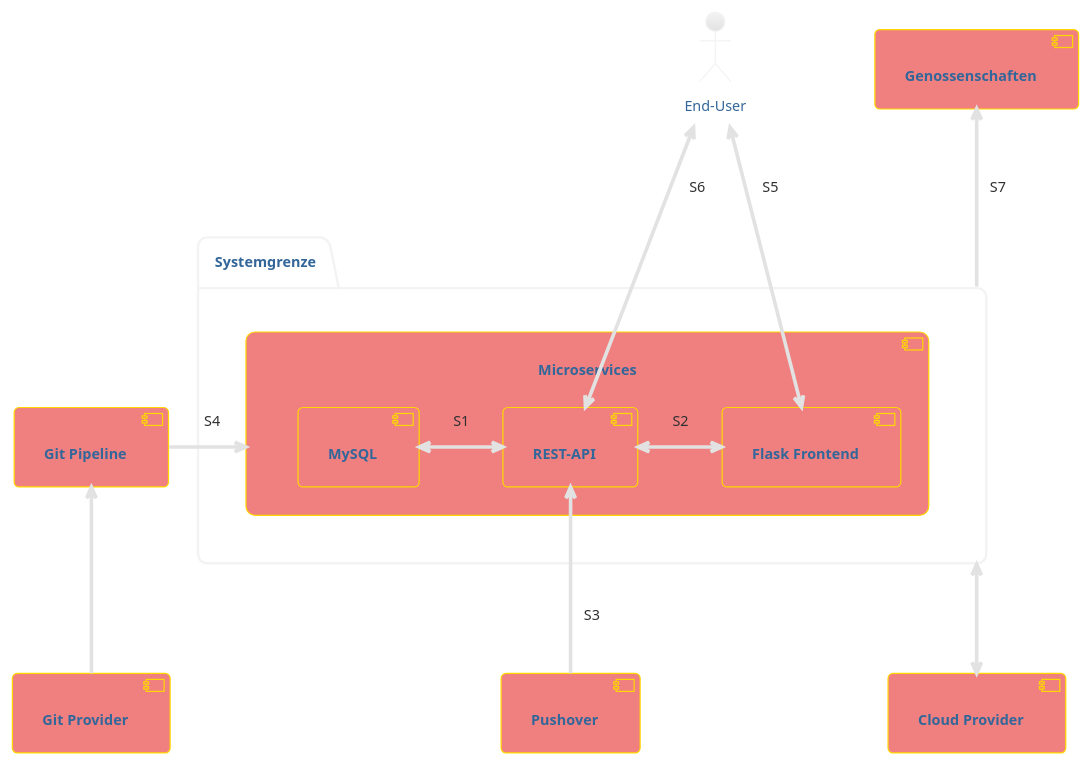
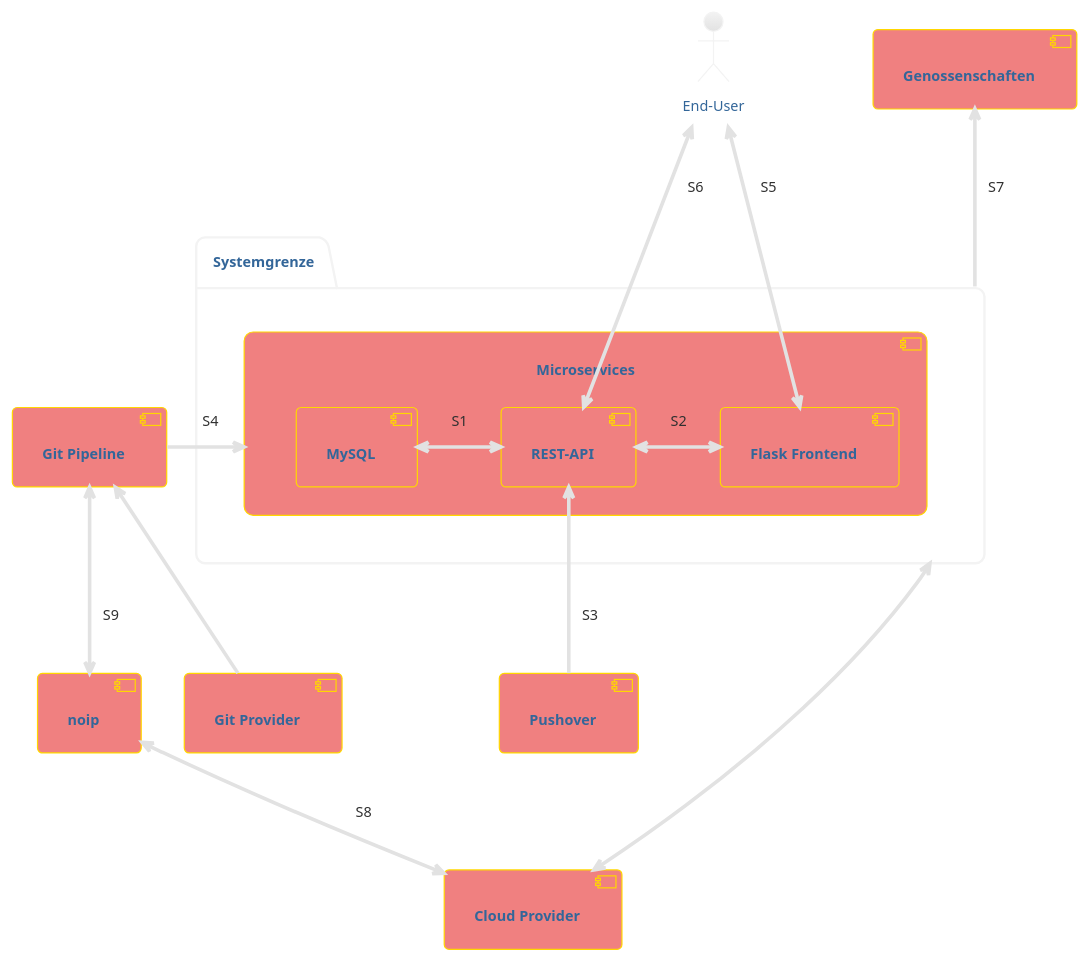
The diagram in docs/02_Plannung/systemgrenze.iuml (danyambuehl/ITCNE23-SEM-Ill), drawn with PlantUML before and after one commit. The commit also changed 5 other files, not shown here.

```diff
--- a/docs/02_Plannung/systemgrenze.iuml
+++ b/docs/02_Plannung/systemgrenze.iuml
@@ -1,35 +1,38 @@
 @startuml
 !theme lightgray
 
 skinparam component {
   BorderColor gold
   BackgroundColor lightcoral
   FontStyle bold
 }
 
 package "Systemgrenze" {
   component "Microservices" {
     component "Flask Frontend"
     component "REST-API"
     component "MySQL"
   }
   
 }
 
 actor "End-User"
 component "Git Pipeline"
+component "noip"
 component "Cloud Provider"
 component "Pushover"
 component "Genossenschaften"
 
 [MySQL] <-right-> [REST-API] : S1
 [Flask Frontend] <-left-> [REST-API] : S2
 [Git Pipeline] -left-> [Microservices] : S4
 [Pushover] -up-> [REST-API] : S3
 [Git Provider] -up-> [Git Pipeline]
 [Cloud Provider] <-up-> [Systemgrenze]
 [End-User] <-down-> [Flask Frontend] : S5
 [End-User] <-down-> [REST-API] : S6
 [Genossenschaften] <-down- [Systemgrenze] : S7
+[noip] <-down-> [Cloud Provider]: S8
+[noip] <-up-> [Git Pipeline]: S9
 
 @enduml
```
